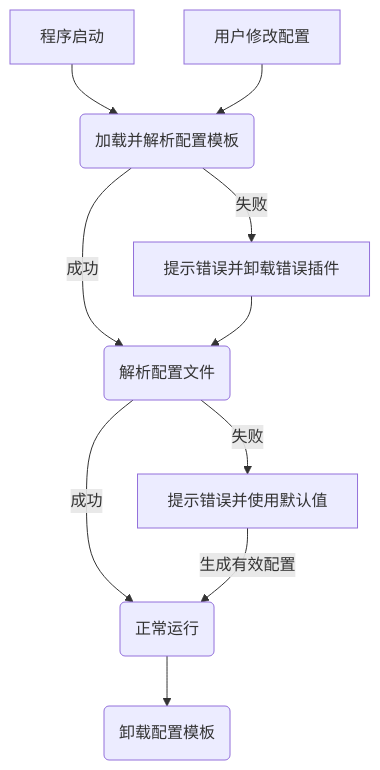
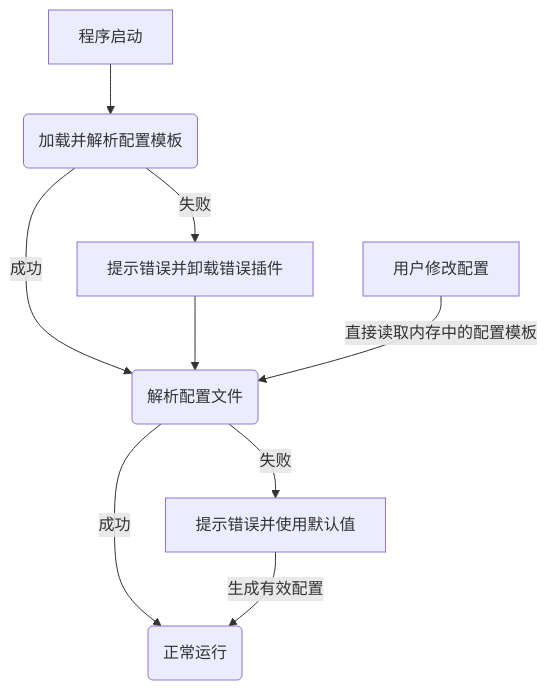
One commit to prbegd/TheCalculater changed the diagram in docs/plugins/config_template.md. Above: the diagram before and after it, drawn with Mermaid. The commit also changed 1 other file, not shown here.

````diff
--- a/docs/plugins/config_template.md
+++ b/docs/plugins/config_template.md
@@ -153,13 +153,12 @@
 ```mermaid
 graph TD
     A[程序启动] --> B(加载并解析配置模板)
     B --> |成功| C(解析配置文件)
     B --> |失败| D[提示错误并卸载错误插件]
     D --> C
     C --> |成功| E(正常运行)
     C --> |失败| F[提示错误并使用默认值]
     F --> |生成有效配置| E
-    E --> G(卸载配置模板)
 
-    H[用户修改配置] --> B
+    H[用户修改配置] --> |直接读取内存中的配置模板| C
 ```
````
